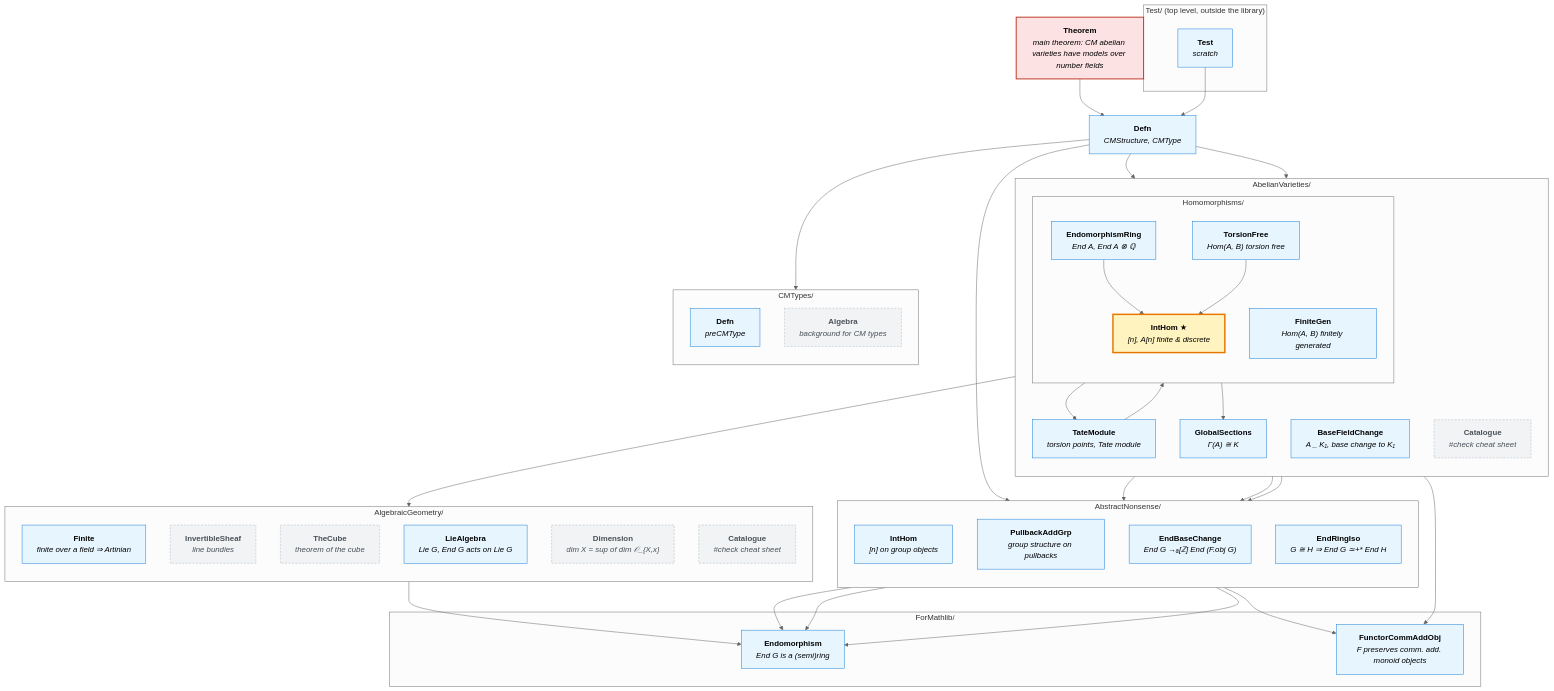
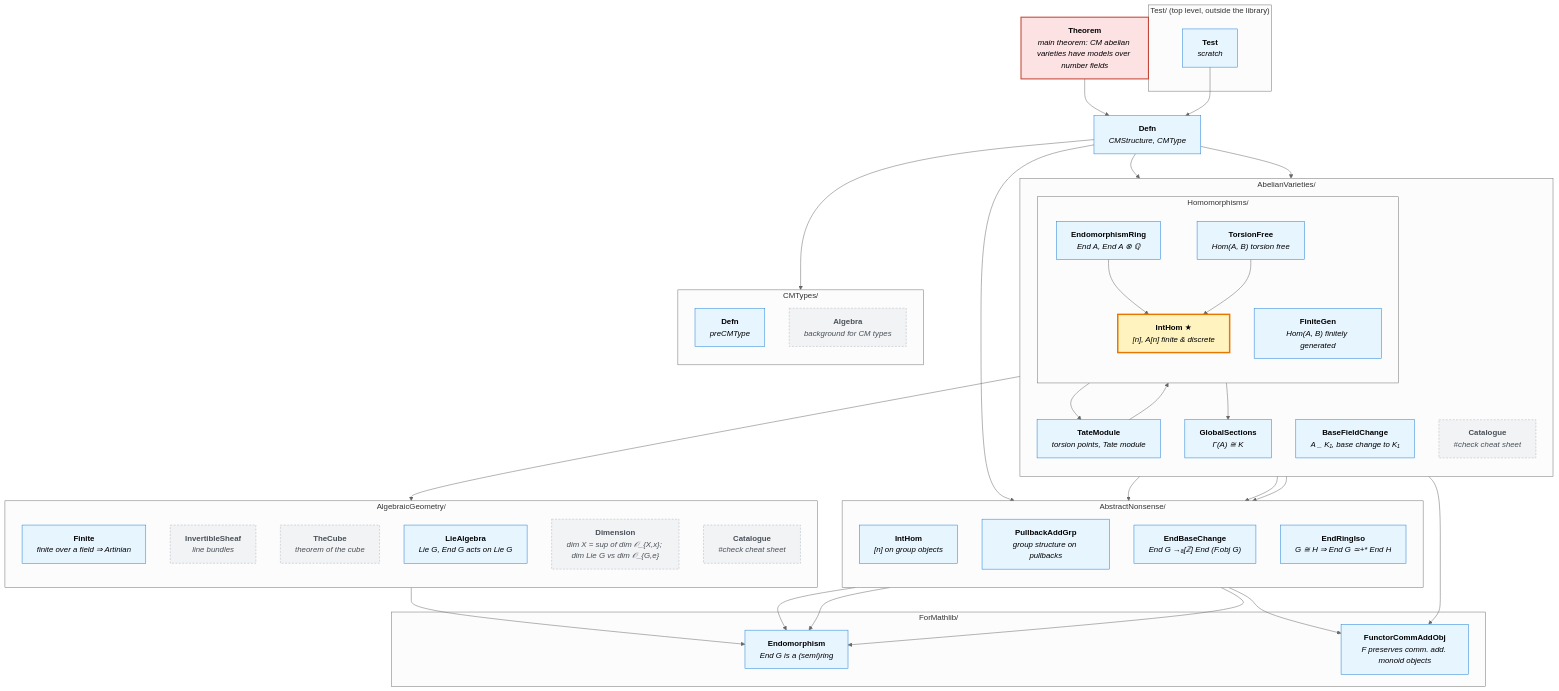
One commit to abhijitaj1997/CMAbelianVarieties changed the diagram in MindMap.md. Above: the diagram before and after it, drawn with Mermaid (neutral theme). The commit also changed 2 other files, not shown here.

Commit message:
chore: complete end-of-session checklist

```diff
--- a/MindMap.md
+++ b/MindMap.md
@@ -44,7 +44,7 @@
     InvertibleSheaf["<b>InvertibleSheaf</b><br/><i>line bundles</i>"]
     TheCube["<b>TheCube</b><br/><i>theorem of the cube</i>"]
     LieAlgebra["<b>LieAlgebra</b><br/><i>Lie G, End G acts on Lie G</i>"]
-    Dimension["<b>Dimension</b><br/><i>dim X = sup of dim 𝒪_{X,x}</i>"]
+    Dimension["<b>Dimension</b><br/><i>dim X = sup of dim 𝒪_{X,x}; dim Lie G vs dim 𝒪_{G,e}</i>"]
     AGCatalogue["<b>Catalogue</b><br/><i>#check cheat sheet</i>"]
   end
 
```
